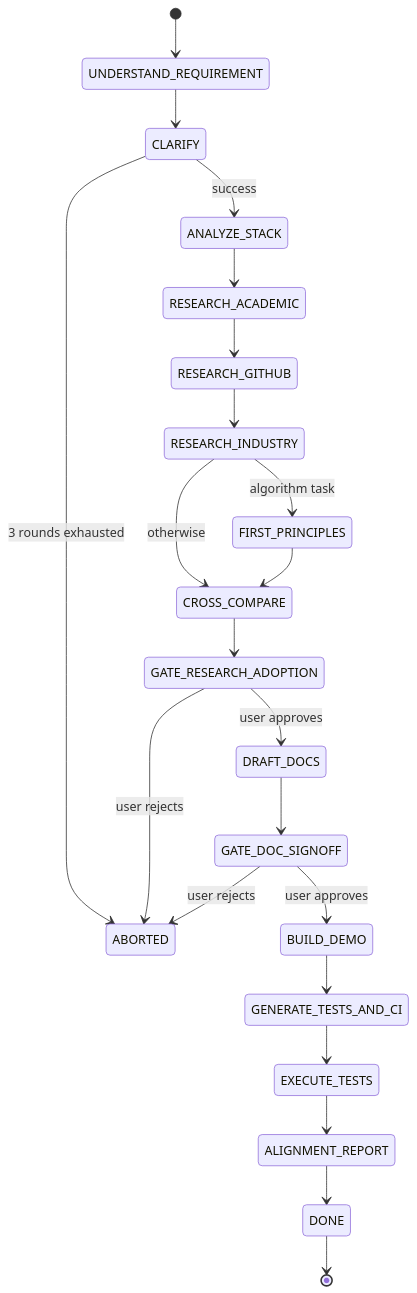
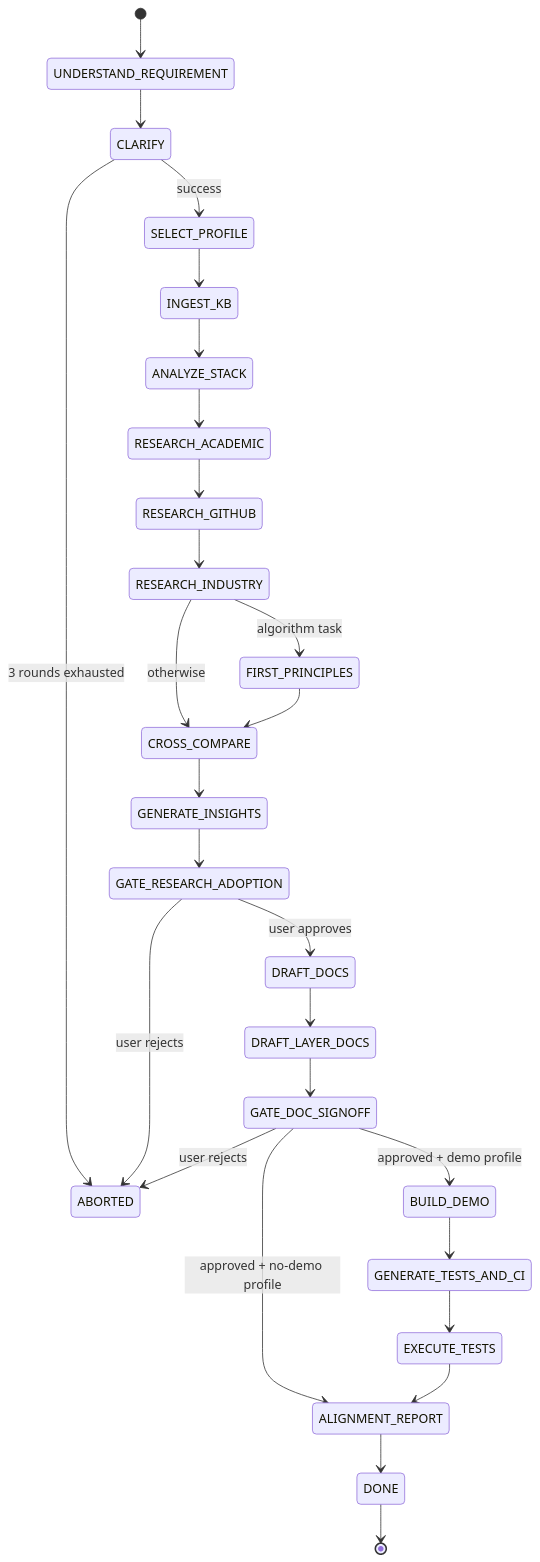
The diagram in docs/state-machine.md (18682922316/ProtoGenius), drawn with Mermaid before and after one commit. The commit also changed other lines of this file and 8 other files, not shown here.

````diff
--- a/docs/state-machine.md
+++ b/docs/state-machine.md
@@ -32,24 +36,29 @@
 ```mermaid
 stateDiagram-v2
     [*] --> UNDERSTAND_REQUIREMENT
     UNDERSTAND_REQUIREMENT --> CLARIFY
-    CLARIFY --> ANALYZE_STACK : success
+    CLARIFY --> SELECT_PROFILE : success
     CLARIFY --> ABORTED : 3 rounds exhausted
+    SELECT_PROFILE --> INGEST_KB
+    INGEST_KB --> ANALYZE_STACK
     ANALYZE_STACK --> RESEARCH_ACADEMIC
     RESEARCH_ACADEMIC --> RESEARCH_GITHUB
     RESEARCH_GITHUB --> RESEARCH_INDUSTRY
     RESEARCH_INDUSTRY --> FIRST_PRINCIPLES : algorithm task
     RESEARCH_INDUSTRY --> CROSS_COMPARE : otherwise
     FIRST_PRINCIPLES --> CROSS_COMPARE
-    CROSS_COMPARE --> GATE_RESEARCH_ADOPTION
+    CROSS_COMPARE --> GENERATE_INSIGHTS
+    GENERATE_INSIGHTS --> GATE_RESEARCH_ADOPTION
     GATE_RESEARCH_ADOPTION --> DRAFT_DOCS : user approves
     GATE_RESEARCH_ADOPTION --> ABORTED : user rejects
-    DRAFT_DOCS --> GATE_DOC_SIGNOFF
-    GATE_DOC_SIGNOFF --> BUILD_DEMO : user approves
+    DRAFT_DOCS --> DRAFT_LAYER_DOCS
+    DRAFT_LAYER_DOCS --> GATE_DOC_SIGNOFF
+    GATE_DOC_SIGNOFF --> BUILD_DEMO : approved + demo profile
+    GATE_DOC_SIGNOFF --> ALIGNMENT_REPORT : approved + no-demo profile
     GATE_DOC_SIGNOFF --> ABORTED : user rejects
     BUILD_DEMO --> GENERATE_TESTS_AND_CI
     GENERATE_TESTS_AND_CI --> EXECUTE_TESTS
     EXECUTE_TESTS --> ALIGNMENT_REPORT
     ALIGNMENT_REPORT --> DONE
     DONE --> [*]
 ```
````
